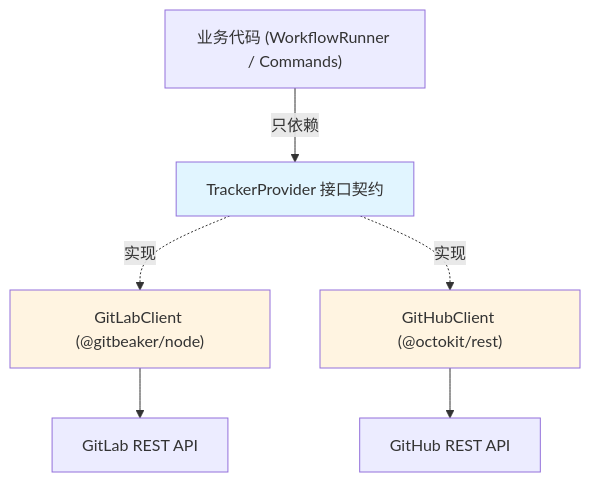
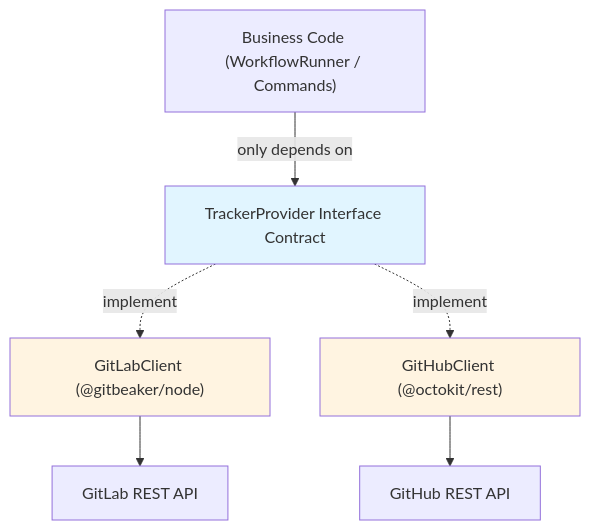
One commit to easyhaloo/afk changed the second of 11 diagrams in docs/ARCHITECTURE.md. Above: the diagram before and after it, drawn with Mermaid. The commit also changed other lines of this file, not shown here.

Commit message:
docs: add English ARCHITECTURE.md

````diff
--- a/docs/ARCHITECTURE.md
+++ b/docs/ARCHITECTURE.md
@@ -172,21 +172,21 @@
 ```mermaid
 graph TD
-    Biz["业务代码 (WorkflowRunner / Commands)"]
-    IF["TrackerProvider 接口契约"]
+    Biz["Business Code (WorkflowRunner / Commands)"]
+    IF["TrackerProvider Interface Contract"]
     GL["GitLabClient (@gitbeaker/node)"]
     GH["GitHubClient (@octokit/rest)"]
     GL_API["GitLab REST API"]
     GH_API["GitHub REST API"]
 
-    Biz -->|只依赖| IF
-    IF -.实现.-> GL
-    IF -.实现.-> GH
+    Biz -->|only depends on| IF
+    IF -.implement.-> GL
+    IF -.implement.-> GH
 
     GL --> GL_API
     GH --> GH_API
 
     classDef biz fill:#e1f5ff
     classDef impl fill:#fff4e1
     class IF biz
     class GL,GH impl
 ```
````
